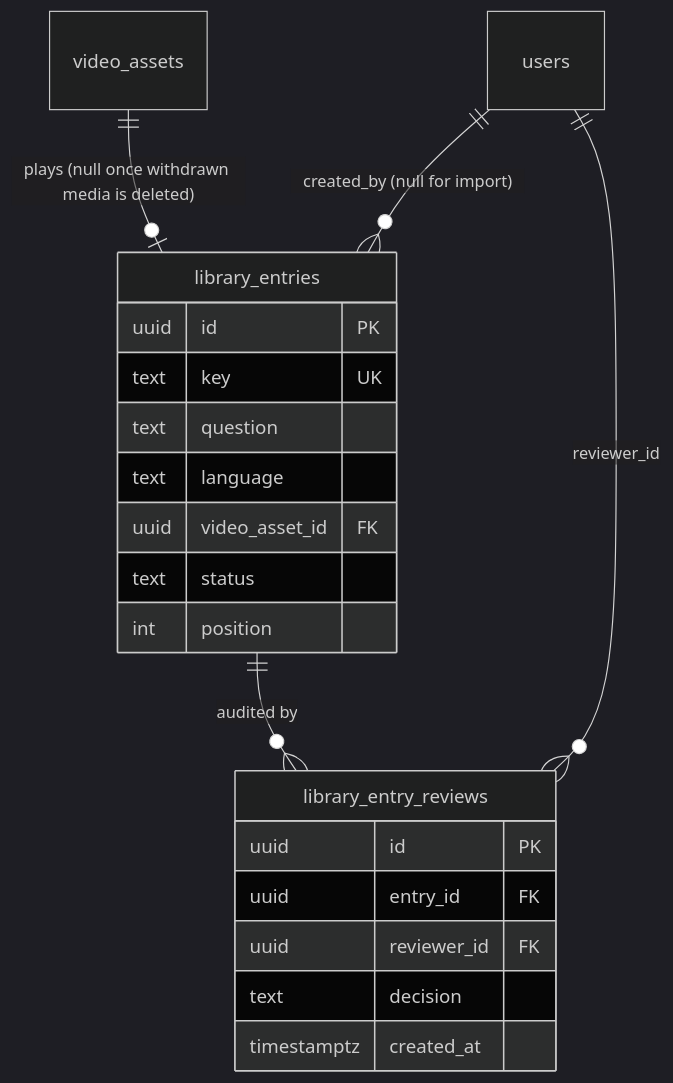
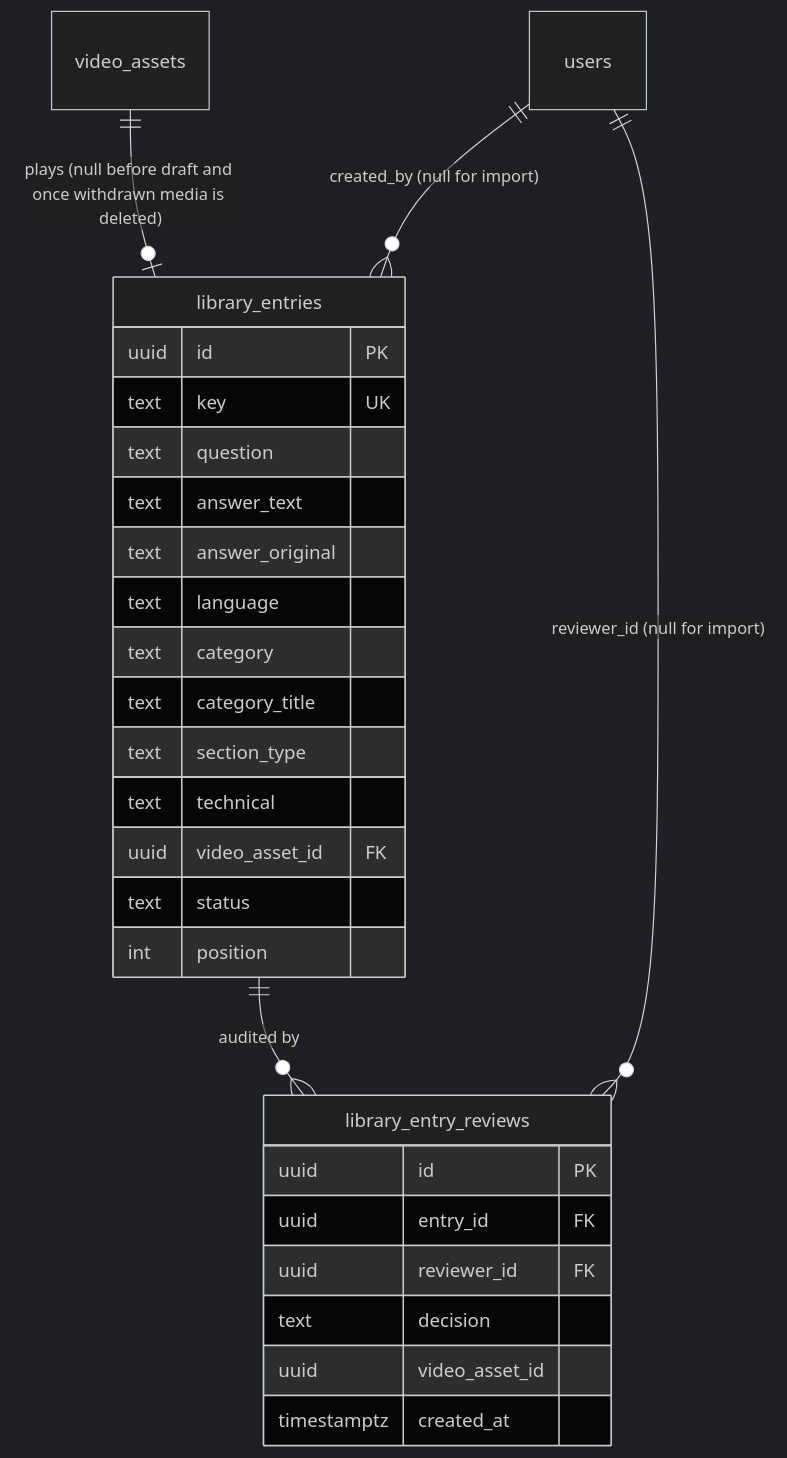
Before and after one commit to Kohandezh/kohandezh-live-avatar: the third of 3 diagrams in docs/features/response-caching/SPEC.md, drawn with Mermaid (dark theme). The commit also changed other lines of this file and 1 other file, not shown here.

First line of the commit message:
docs(assistant): add the entry lifecycle, two-source import and lead card

````diff
--- a/docs/features/response-caching/SPEC.md
+++ b/docs/features/response-caching/SPEC.md
@@ -561,23 +817,30 @@
 ```mermaid
 erDiagram
-    video_assets ||--o| library_entries : "plays (null once withdrawn media is deleted)"
+    video_assets ||--o| library_entries : "plays (null before draft and once withdrawn media is deleted)"
     library_entries ||--o{ library_entry_reviews : "audited by"
     users ||--o{ library_entries : "created_by (null for import)"
-    users ||--o{ library_entry_reviews : "reviewer_id"
+    users ||--o{ library_entry_reviews : "reviewer_id (null for import)"
     library_entries {
         uuid id PK
         text key UK
         text question
+        text answer_text
+        text answer_original
         text language
+        text category
+        text category_title
+        text section_type
+        text technical
         uuid video_asset_id FK
         text status
         int position
     }
     library_entry_reviews {
         uuid id PK
         uuid entry_id FK
         uuid reviewer_id FK
         text decision
+        uuid video_asset_id
         timestamptz created_at
     }
 ```
````
